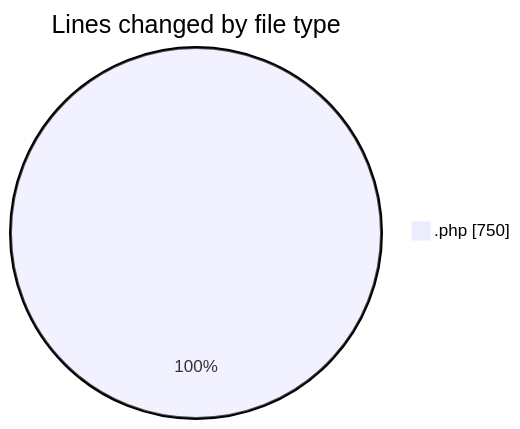
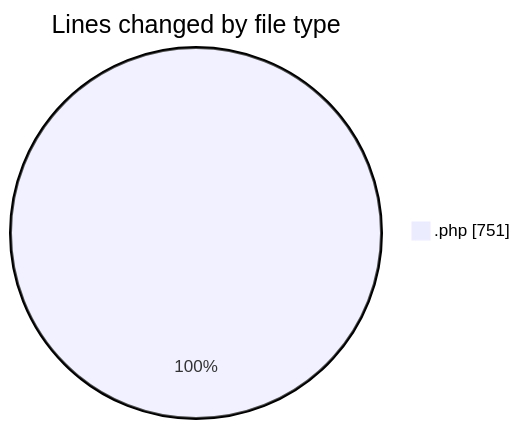
One commit to LanceThiago/code-tracking changed the first of 2 diagrams in 2026-01-26/smto/README.md. Above: the diagram before and after it, drawn with Mermaid. The commit also changed other lines of this file and 1 other file, not shown here.

````diff
--- a/2026-01-26/smto/README.md
+++ b/2026-01-26/smto/README.md
@@ -22,5 +22,5 @@
 ```mermaid
 pie showData
 title Lines changed by file type
-".php" : 750
+".php" : 751
 ```
````
